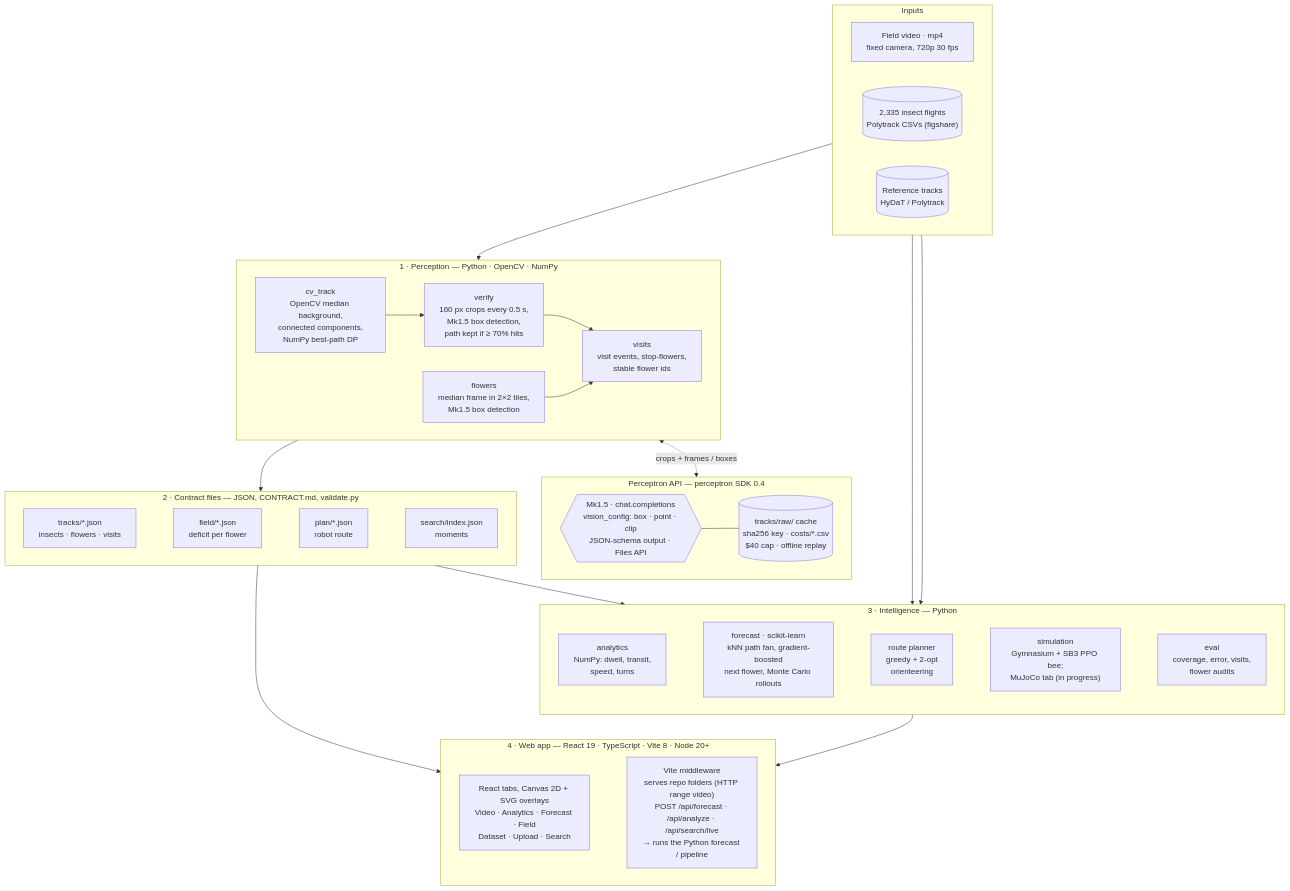
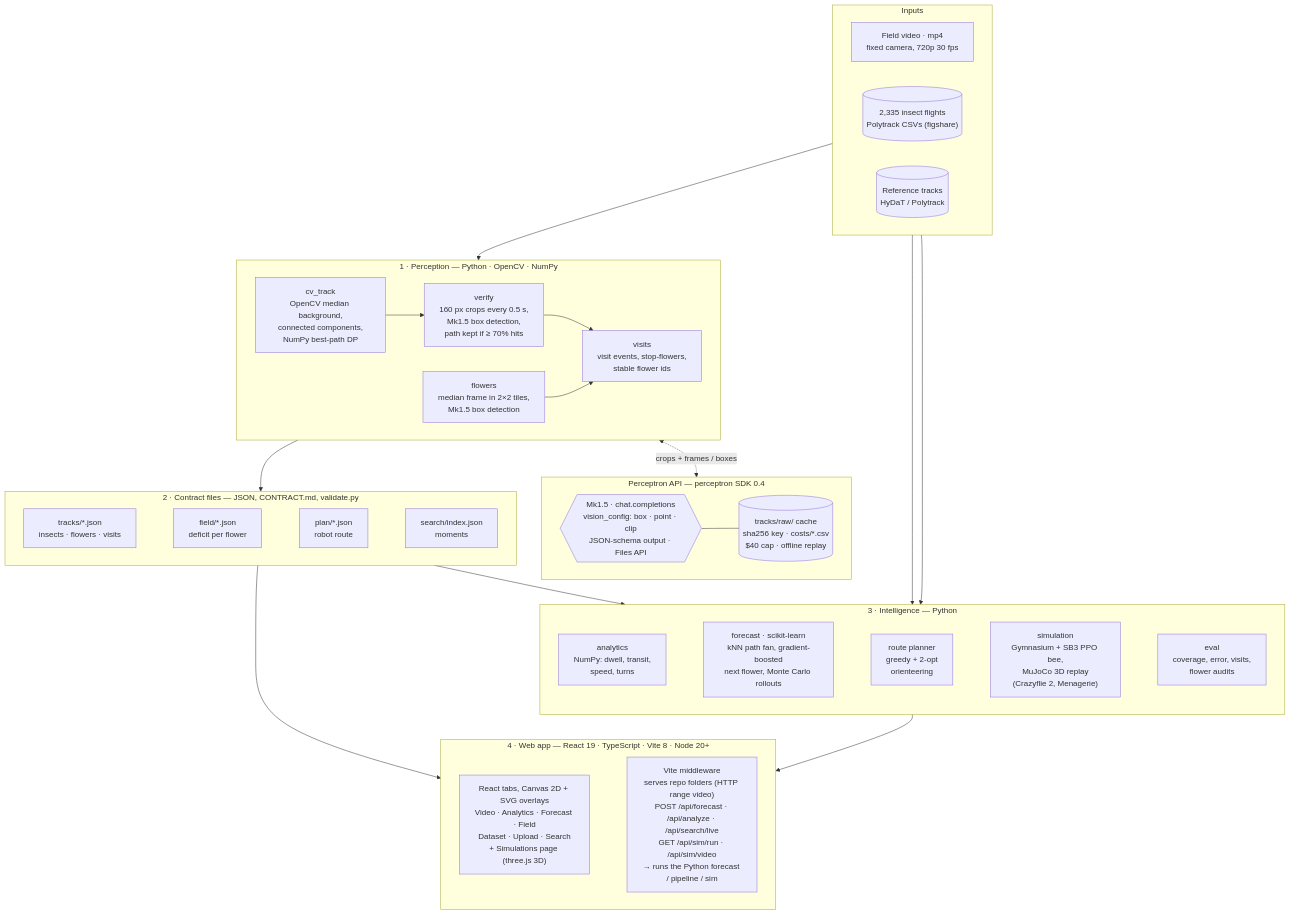
Before and after one commit to b-ananya/beebot: the diagram in README.md, drawn with Mermaid. The commit also changed other lines of this file and 5 other files, not shown here.

First line of the commit message:
Pull in MuJoCo simulations; README/diagram/stack updated; drop unused requirements

````diff
--- a/README.md
+++ b/README.md
@@ -27,57 +27,57 @@
 ```mermaid
 flowchart TB
   subgraph IN["Inputs"]
     direction LR
     V["Field video · mp4<br/>fixed camera, 720p 30 fps"]
     PT[("2,335 insect flights<br/>Polytrack CSVs (figshare)")]
     REF[("Reference tracks<br/>HyDaT / Polytrack")]
   end
 
   subgraph P["1 · Perception — Python · OpenCV · NumPy"]
     direction LR
     CV["cv_track<br/>OpenCV median background,<br/>connected components,<br/>NumPy best-path DP"] --> VER["verify<br/>160 px crops every 0.5 s,<br/>Mk1.5 box detection,<br/>path kept if ≥ 70% hits"] --> VIS["visits<br/>visit events, stop-flowers,<br/>stable flower ids"]
     FL["flowers<br/>median frame in 2×2 tiles,<br/>Mk1.5 box detection"] --> VIS
   end
 
   subgraph MKG["Perceptron API — perceptron SDK 0.4"]
     direction LR
     MK{{"Mk1.5 · chat.completions<br/>vision_config: box · point · clip<br/>JSON-schema output · Files API"}}
     CACHE[("tracks/raw/ cache<br/>sha256 key · costs/*.csv<br/>$40 cap · offline replay")]
     MK --- CACHE
   end
 
   subgraph O["2 · Contract files — JSON, CONTRACT.md, validate.py"]
     direction LR
     TR["tracks/*.json<br/>insects · flowers · visits"]
     FI["field/*.json<br/>deficit per flower"]
     PL["plan/*.json<br/>robot route"]
     IDX["search/index.json<br/>moments"]
     TR ~~~ FI ~~~ PL ~~~ IDX
   end
 
   subgraph I["3 · Intelligence — Python"]
     direction LR
     AN["analytics<br/>NumPy: dwell, transit,<br/>speed, turns"]
     FC["forecast · scikit-learn<br/>kNN path fan, gradient-boosted<br/>next flower, Monte Carlo rollouts"]
     PLN["route planner<br/>greedy + 2-opt<br/>orienteering"]
-    SIM["simulation<br/>Gymnasium + SB3 PPO bee;<br/>MuJoCo tab (in progress)"]
+    SIM["simulation<br/>Gymnasium + SB3 PPO bee,<br/>MuJoCo 3D replay<br/>(Crazyflie 2, Menagerie)"]
     EV["eval<br/>coverage, error, visits,<br/>flower audits"]
     AN ~~~ FC ~~~ PLN ~~~ SIM ~~~ EV
   end
 
   subgraph A["4 · Web app — React 19 · TypeScript · Vite 8 · Node 20+"]
     direction LR
-    UI["React tabs, Canvas 2D + SVG overlays<br/>Video · Analytics · Forecast · Field<br/>Dataset · Upload · Search"]
+    UI["React tabs, Canvas 2D + SVG overlays<br/>Video · Analytics · Forecast · Field<br/>Dataset · Upload · Search<br/>+ Simulations page (three.js 3D)"]
     UI ~~~ API
-    API["Vite middleware<br/>serves repo folders (HTTP range video)<br/>POST /api/forecast · /api/analyze · /api/search/live<br/>→ runs the Python forecast / pipeline"]
+    API["Vite middleware<br/>serves repo folders (HTTP range video)<br/>POST /api/forecast · /api/analyze · /api/search/live<br/>GET /api/sim/run · /api/sim/video<br/>→ runs the Python forecast / pipeline / sim"]
   end
 
   V --> P
   P <-. "crops + frames / boxes" .-> MKG
   P --> O
   O --> I
   PT --> I
   REF --> I
   O --> A
   I --> A
 ```
````
